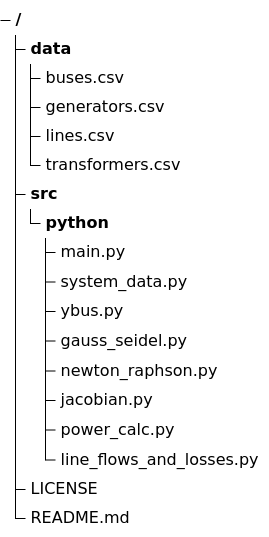
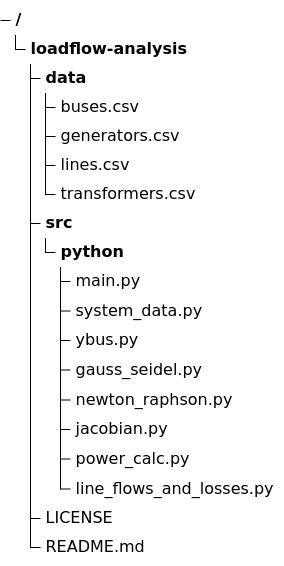
One commit to sai-power-systems/loadflow-analysis-toolkit changed the diagram in README.md. Above: the diagram before and after it, drawn with Mermaid.

Commit message:
ref: ocfg4

````diff
--- a/README.md
+++ b/README.md
@@ -23,23 +23,23 @@
 ```mermaid
 treeView-beta
-
+loadflow-analysis/
   data/
     buses.csv
     generators.csv
     lines.csv
     transformers.csv
   src/
     python/
       main.py
       system_data.py
       ybus.py
       gauss_seidel.py
       newton_raphson.py
       jacobian.py
       power_calc.py
       line_flows_and_losses.py
   LICENSE
   README.md
 
 
 ```
````
